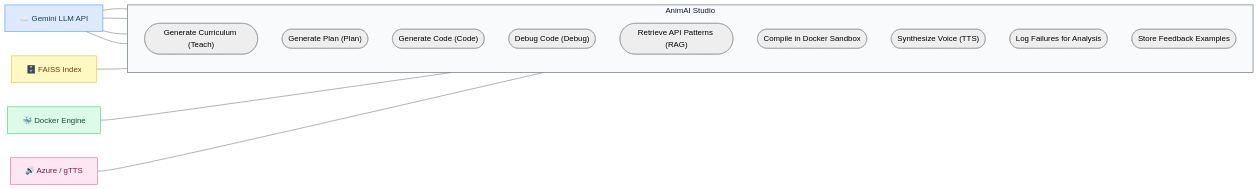
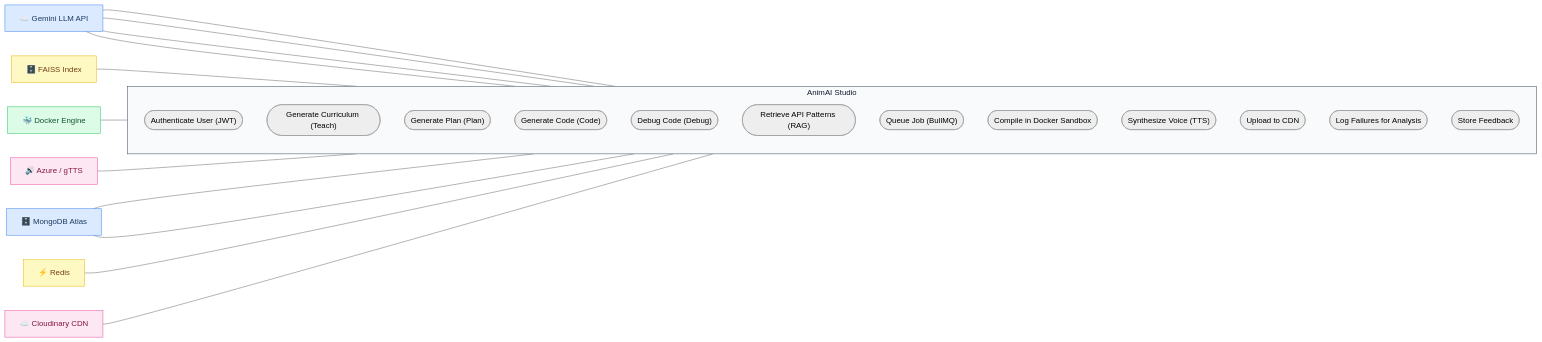
One commit to Manish-Sharma26/AnimAi changed the fifth of 11 diagrams in PROJECT_REPORT.md. Above: the diagram before and after it, drawn with Mermaid (neutral theme). The commit also changed other lines of this file and 17 other files, not shown here.

````diff
--- a/PROJECT_REPORT.md
+++ b/PROJECT_REPORT.md
@@ -717,29 +871,39 @@
 ```mermaid
 flowchart LR
     subgraph SYS[" AnimAI Studio "]
         direction TB
+        UC_A(["Authenticate User (JWT)"])
         UC_T(["Generate Curriculum (Teach)"])
         UC_P(["Generate Plan (Plan)"])
         UC_C(["Generate Code (Code)"])
         UC_D(["Debug Code (Debug)"])
         UC_R(["Retrieve API Patterns (RAG)"])
+        UC_Q(["Queue Job (BullMQ)"])
         UC_S(["Compile in Docker Sandbox"])
         UC_V(["Synthesize Voice (TTS)"])
+        UC_U(["Upload to CDN"])
         UC_L(["Log Failures for Analysis"])
-        UC_F(["Store Feedback Examples"])
+        UC_F(["Store Feedback"])
     end
 
     GEMINI["☁️ Gemini LLM API"] --- UC_T
     GEMINI --- UC_P
     GEMINI --- UC_C
     GEMINI --- UC_D
     FAISS["🗄️ FAISS Index"] --- UC_R
     DOCKER["🐳 Docker Engine"] --- UC_S
     TTS["🔊 Azure / gTTS"] --- UC_V
+    MONGO["🗄️ MongoDB Atlas"] --- UC_A
+    MONGO --- UC_F
+    REDIS["⚡ Redis"] --- UC_Q
+    CLOUD["☁️ Cloudinary CDN"] --- UC_U
 
     style SYS fill:#f8fafc,stroke:#334155,color:#0f172a
     style GEMINI fill:#dbeafe,stroke:#3b82f6,color:#1e3a5f
     style FAISS fill:#fef9c3,stroke:#eab308,color:#713f12
     style DOCKER fill:#dcfce7,stroke:#22c55e,color:#14532d
     style TTS fill:#fce7f3,stroke:#ec4899,color:#831843
+    style MONGO fill:#dbeafe,stroke:#3b82f6,color:#1e3a5f
+    style REDIS fill:#fef9c3,stroke:#eab308,color:#713f12
+    style CLOUD fill:#fce7f3,stroke:#ec4899,color:#831843
 ```
````
